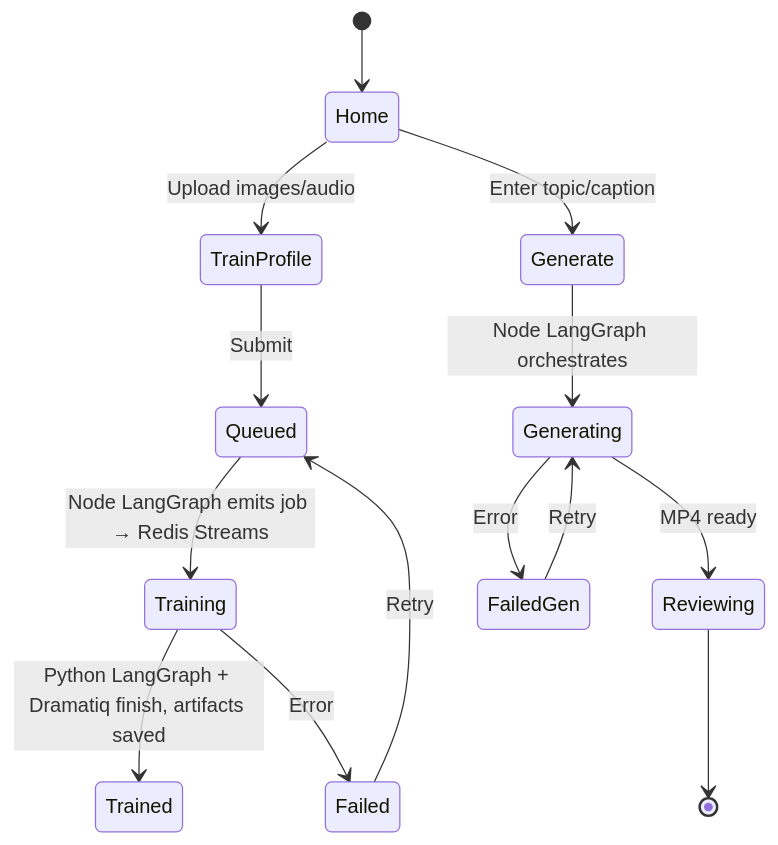
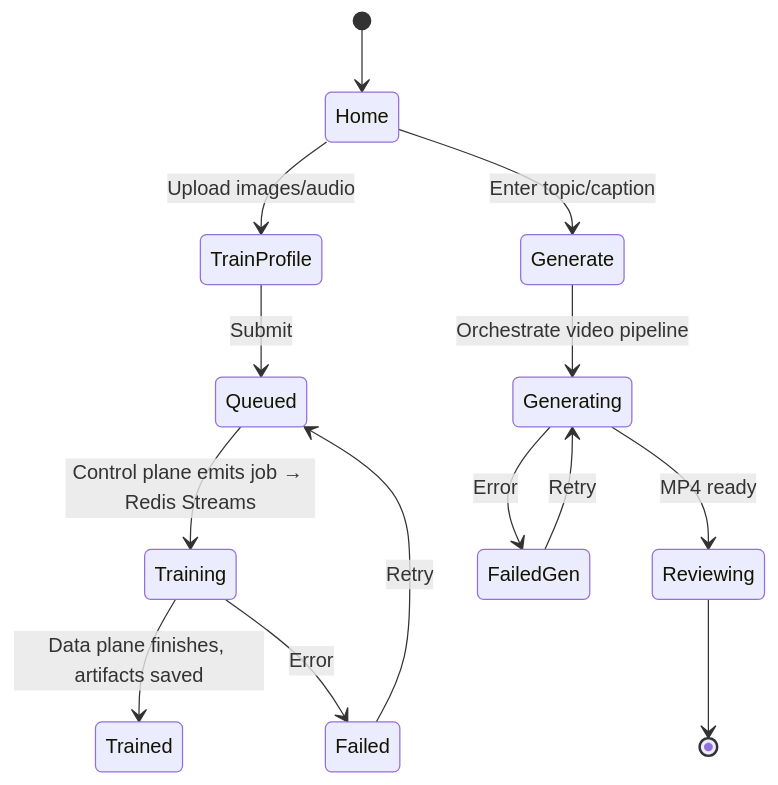
The seventh of 7 diagrams in docs/02_architecture_overview.md (ktzevani/myspinbot), drawn with Mermaid before and after one commit. The commit also changed other lines of this file and 13 other files, not shown here.

````diff
--- a/docs/02_architecture_overview.md
+++ b/docs/02_architecture_overview.md
@@ -193,20 +283,20 @@
 ```mermaid
 stateDiagram-v2
     [*] --> Home
 
     %% Training branch
     Home --> TrainProfile : Upload images/audio
     TrainProfile --> Queued : Submit
-    Queued --> Training : Node LangGraph emits job → Redis Streams
-    Training --> Trained : Python LangGraph + Dramatiq finish, artifacts saved
+    Queued --> Training : Control plane emits job → Redis Streams
+    Training --> Trained : Data plane finishes, artifacts saved
     Training --> Failed : Error
     Failed --> Queued : Retry
 
-    %% Generation branch
+    %% Generation branch (planned)
     Home --> Generate : Enter topic/caption
-    Generate --> Generating : Node LangGraph orchestrates
+    Generate --> Generating : Orchestrate video pipeline
     Generating --> Reviewing : MP4 ready
     Reviewing --> [*]
     Generating --> FailedGen : Error
     FailedGen --> Generating : Retry
 ```
````
